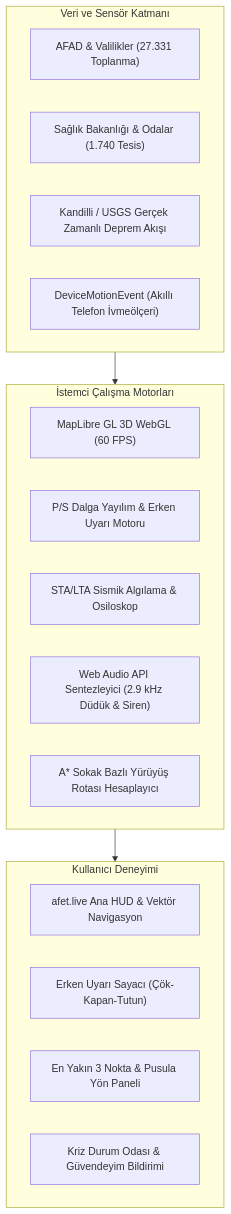
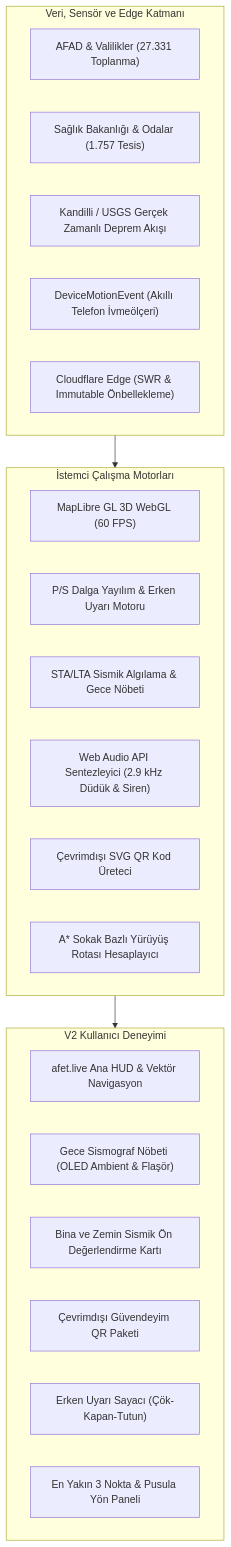
The diagram in README.md (himmetaga/turkiye-afet-haritasi), drawn with Mermaid before and after one commit. The commit also changed other lines of this file and 26 other files, not shown here.

Commit message:
feat(v2): add Night Watch WakeLock seismograph, Building Risk Card, offline QR SOS & Cloudflare Edge caching

````diff
--- a/README.md
+++ b/README.md
@@ -83,27 +108,31 @@
 ```mermaid
 flowchart TD
-    subgraph DataLayer["Veri ve Sensör Katmanı"]
+    subgraph DataLayer["Veri, Sensör ve Edge Katmanı"]
         A["AFAD & Valilikler (27.331 Toplanma)"]
-        B["Sağlık Bakanlığı & Odalar (1.740 Tesis)"]
+        B["Sağlık Bakanlığı & Odalar (1.757 Tesis)"]
         C["Kandilli / USGS Gerçek Zamanlı Deprem Akışı"]
         D["DeviceMotionEvent (Akıllı Telefon İvmeölçeri)"]
+        E["Cloudflare Edge (SWR & Immutable Önbellekleme)"]
     end
 
     subgraph CoreEngines["İstemci Çalışma Motorları"]
-        E["MapLibre GL 3D WebGL (60 FPS)"]
-        F["P/S Dalga Yayılım & Erken Uyarı Motoru"]
-        G["STA/LTA Sismik Algılama & Osiloskop"]
-        H["Web Audio API Sentezleyici (2.9 kHz Düdük & Siren)"]
-        I["A* Sokak Bazlı Yürüyüş Rotası Hesaplayıcı"]
+        F["MapLibre GL 3D WebGL (60 FPS)"]
+        G["P/S Dalga Yayılım & Erken Uyarı Motoru"]
+        H["STA/LTA Sismik Algılama & Gece Nöbeti"]
+        I["Web Audio API Sentezleyici (2.9 kHz Düdük & Siren)"]
+        J["Çevrimdışı SVG QR Kod Üreteci"]
+        K["A* Sokak Bazlı Yürüyüş Rotası Hesaplayıcı"]
     end
 
-    subgraph UserInterface["Kullanıcı Deneyimi"]
-        J["afet.live Ana HUD & Vektör Navigasyon"]
-        K["Erken Uyarı Sayacı (Çök-Kapan-Tutun)"]
-        L["En Yakın 3 Nokta & Pusula Yön Paneli"]
-        M["Kriz Durum Odası & Güvendeyim Bildirimi"]
+    subgraph UserInterface["V2 Kullanıcı Deneyimi"]
+        L["afet.live Ana HUD & Vektör Navigasyon"]
+        M["Gece Sismograf Nöbeti (OLED Ambient & Flaşör)"]
+        N["Bina ve Zemin Sismik Ön Değerlendirme Kartı"]
+        O["Çevrimdışı Güvendeyim QR Paketi"]
+        P["Erken Uyarı Sayacı (Çök-Kapan-Tutun)"]
+        Q["En Yakın 3 Nokta & Pusula Yön Paneli"]
     end
 
     DataLayer --> CoreEngines
     CoreEngines --> UserInterface
 ```
````
